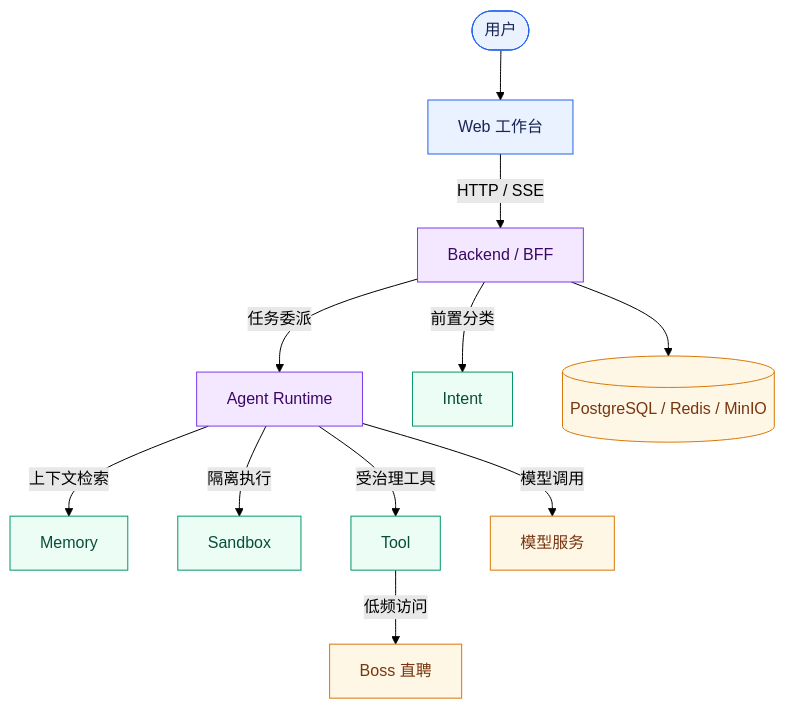
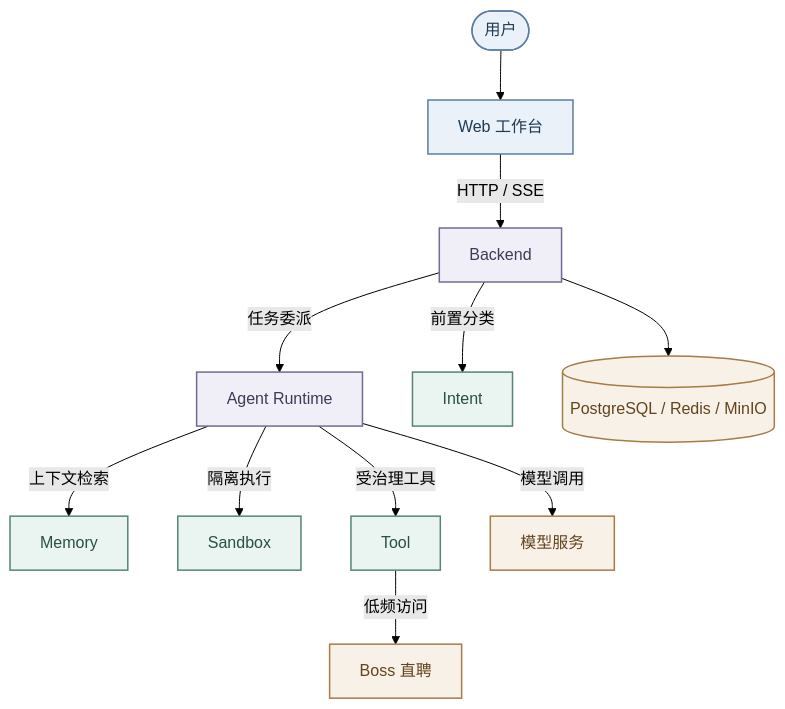
One commit to Logistic98/job-buddy changed the first of 4 diagrams in agent-doc/架构设计/系统架构与核心链路.md. Above: the diagram before and after it, drawn with Mermaid (forest theme). The commit also changed other lines of this file and 32 other files, not shown here.

Commit message:
docs: align engine context and diagram guidance

````diff
--- a/agent-doc/架构设计/系统架构与核心链路.md
+++ b/agent-doc/架构设计/系统架构与核心链路.md
@@ -13,22 +17,22 @@
 ```mermaid
 graph TD
     USER(["用户"]) --> FE["Web 工作台"]
-    FE -->|HTTP / SSE| BE["Backend / BFF"]
+    FE -->|HTTP / SSE| BE["Backend"]
     BE -->|任务委派| RT["Agent Runtime"]
     BE -->|前置分类| INTENT["Intent"]
     RT -->|上下文检索| MEMORY["Memory"]
     RT -->|隔离执行| SANDBOX["Sandbox"]
     RT -->|受治理工具| TOOL["Tool"]
     RT -->|模型调用| MODEL["模型服务"]
     TOOL -->|低频访问| BOSS["Boss 直聘"]
     BE --> DATA[("PostgreSQL / Redis / MinIO")]
 
-    classDef access fill:#EAF2FF,stroke:#2563EB,color:#172554;
-    classDef core fill:#F3E8FF,stroke:#7C3AED,color:#3B0764;
-    classDef capability fill:#ECFDF5,stroke:#059669,color:#064E3B;
-    classDef resource fill:#FFF7E6,stroke:#D97706,color:#78350F;
+    classDef access fill:#EAF1F8,stroke:#5B7FA3,color:#213A52,stroke-width:1.5px;
+    classDef core fill:#F0EEF6,stroke:#746A91,color:#403957,stroke-width:1.5px;
+    classDef capability fill:#EAF4F1,stroke:#548678,color:#294F47,stroke-width:1.5px;
+    classDef resource fill:#F8F1E7,stroke:#A67C48,color:#62451F,stroke-width:1.5px;
     class USER,FE access;
     class BE,RT core;
     class INTENT,MEMORY,SANDBOX,TOOL capability;
     class MODEL,BOSS,DATA resource;
 ```
````
